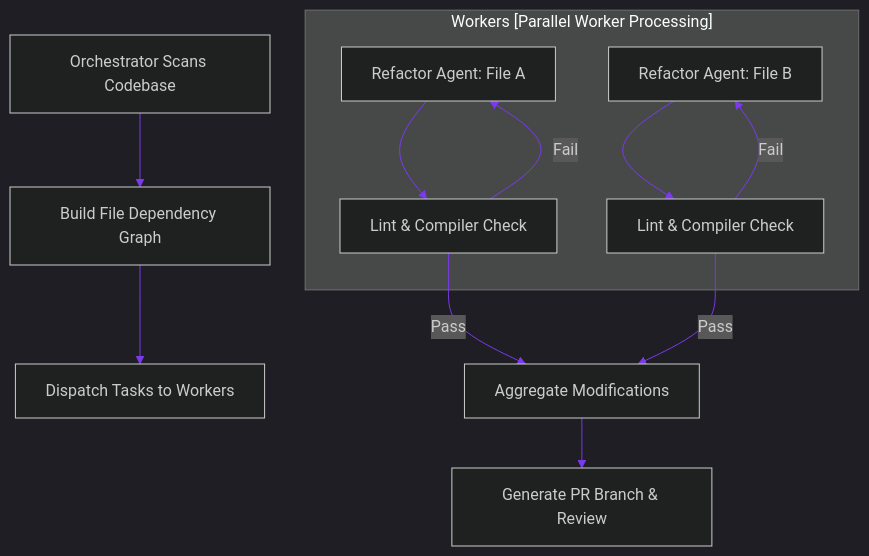
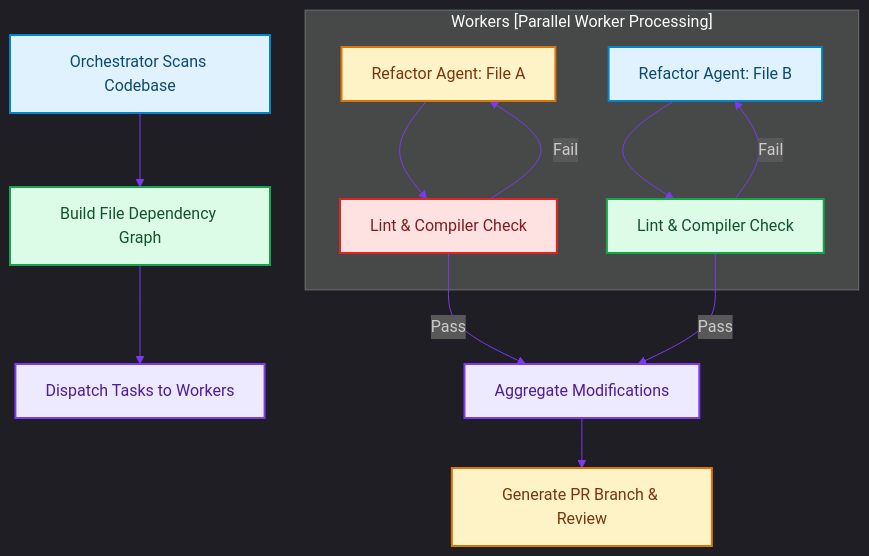
One commit to akmalkhaniub/akmalkhaniub.github.io changed the diagram in blog/posts/agentic-sdlc-refactoring-legacy-migrations.md. Above: the diagram before and after it, drawn with Mermaid. The commit also changed other lines of this file and 1291 other files, not shown here.

First line of the commit message:
feat(catalog): unique covers, scholarly references, and diagram palettes

````diff
--- a/blog/posts/agentic-sdlc-refactoring-legacy-migrations.md
+++ b/blog/posts/agentic-sdlc-refactoring-legacy-migrations.md
@@ -29,19 +29,30 @@
 ```mermaid
 %%{init: {'theme': 'dark', 'themeVariables': { 'primaryColor': '#7c3aed', 'primaryTextColor': '#f3f4f6', 'primaryBorderColor': '#a78bfa', 'lineColor': '#7c3aed', 'secondaryColor': '#111827', 'tertiaryColor': '#0b0f19'}}}%%
 flowchart TD
-    Scan[Orchestrator Scans Codebase] --> Graph[Build File Dependency Graph]
-    Graph --> Dispatch[Dispatch Tasks to Workers]
+    Scan["Orchestrator Scans Codebase"] --> Graph["Build File Dependency Graph"]
+    Graph --> Dispatch["Dispatch Tasks to Workers"]
     
     subgraph SG1_WorkersParallelWorker ["Workers [Parallel Worker Processing]"]
-        W1[Refactor Agent: File A] --> L1[Lint & Compiler Check]
-        W2[Refactor Agent: File B] --> L2[Lint & Compiler Check]
+        W1["Refactor Agent: File A"] --> L1["Lint & Compiler Check"]
+        W2["Refactor Agent: File B"] --> L2["Lint & Compiler Check"]
     end
     
     L1 -->|Fail| W1
     L2 -->|Fail| W2
     
-    L1 -->|Pass| Merge[Aggregate Modifications]
+    L1 -->|Pass| Merge["Aggregate Modifications"]
     L2 -->|Pass| Merge
     
-    Merge --> PR[Generate PR Branch & Review]
+    Merge --> PR["Generate PR Branch & Review"]
+
+classDef green fill:#dcfce7,stroke:#16a34a,stroke-width:2px,color:#14532d;
+classDef red fill:#fee2e2,stroke:#dc2626,stroke-width:2px,color:#7f1d1d;
+classDef blue fill:#e0f2fe,stroke:#0284c7,stroke-width:2px,color:#0c4a6e;
+classDef yellow fill:#fef3c7,stroke:#d97706,stroke-width:2px,color:#78350f;
+classDef purple fill:#ede9fe,stroke:#7c3aed,stroke-width:2px,color:#4c1d95;
+class Scan,W2 blue
+class Graph,L2 green
+class Dispatch,Merge purple
+class W1,PR yellow
+class L1 red
 ```
````
